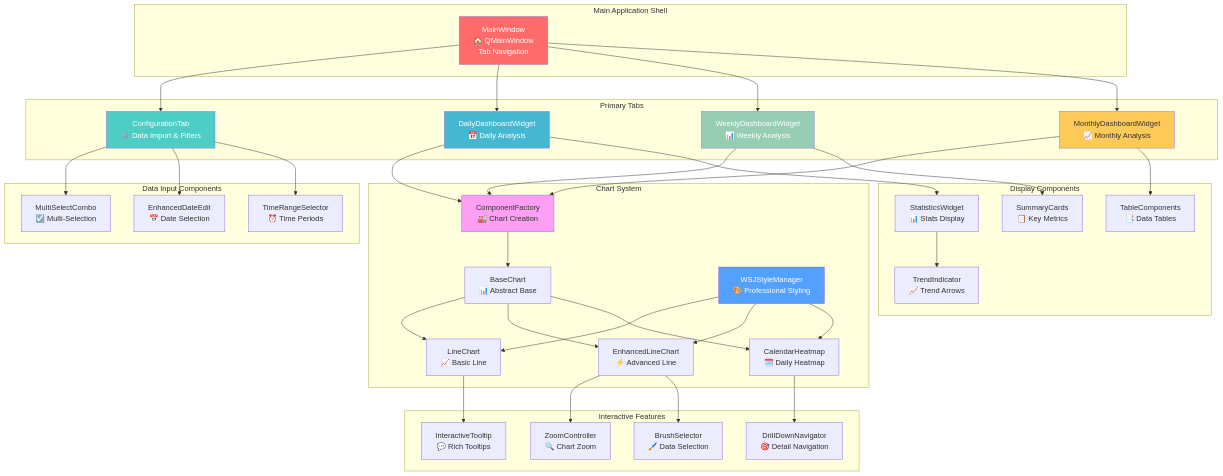
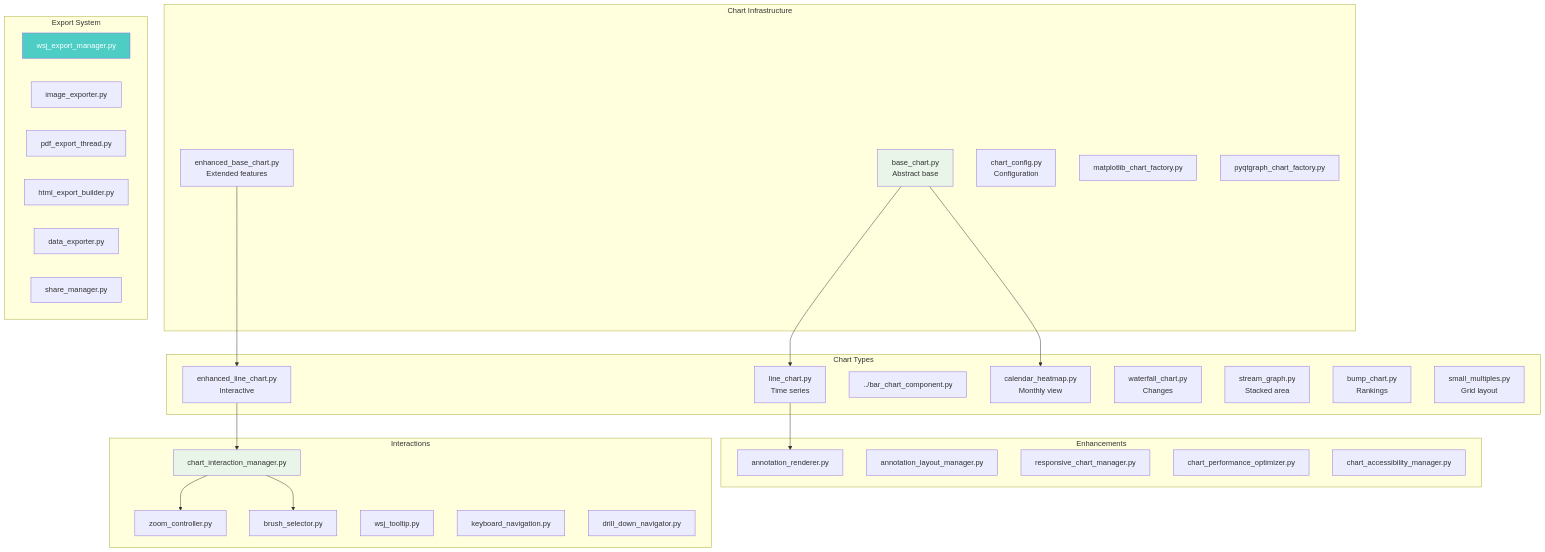
Before and after one commit to AlexFiliakov/iQuest: the fifth of 5 diagrams in docs/architecture/module_overview.md, drawn with Mermaid. The commit also changed other lines of this file and 7 other files, not shown here.

First line of the commit message:
docs: add comprehensive mermaid architecture diagrams

````diff
--- a/docs/architecture/module_overview.md
+++ b/docs/architecture/module_overview.md
@@ -249,88 +289,60 @@
 ```mermaid
-flowchart TD
-    subgraph "Main Application Shell"
-        MW[MainWindow<br/>🏠 QMainWindow<br/>Tab Navigation]
+flowchart TB
+    subgraph "Chart Infrastructure"
+        BASE[base_chart.py<br/>Abstract base]
+        ENH_BASE[enhanced_base_chart.py<br/>Extended features]
+        CONFIG[chart_config.py<br/>Configuration]
+        FACTORY_MPL[matplotlib_chart_factory.py]
+        FACTORY_PQG[pyqtgraph_chart_factory.py]
     end
     
-    subgraph "Primary Tabs"
-        CONFIG_TAB[ConfigurationTab<br/>⚙️ Data Import & Filters]
-        DAILY_TAB[DailyDashboardWidget<br/>📅 Daily Analysis]
-        WEEKLY_TAB[WeeklyDashboardWidget<br/>📊 Weekly Analysis] 
-        MONTHLY_TAB[MonthlyDashboardWidget<br/>📈 Monthly Analysis]
+    subgraph "Chart Types"
+        LINE[line_chart.py<br/>Time series]
+        ENH_LINE[enhanced_line_chart.py<br/>Interactive]
+        BAR[../bar_chart_component.py]
+        HEATMAP[calendar_heatmap.py<br/>Monthly view]
+        WATERFALL[waterfall_chart.py<br/>Changes]
+        STREAM[stream_graph.py<br/>Stacked area]
+        BUMP[bump_chart.py<br/>Rankings]
+        SMALL_MULT[small_multiples.py<br/>Grid layout]
     end
     
-    subgraph "Chart System"
-        CHART_FACTORY[ComponentFactory<br/>🏭 Chart Creation]
-        BASE_CHART[BaseChart<br/>📊 Abstract Base]
-        LINE_CHART[LineChart<br/>📈 Basic Line]
-        ENHANCED_LINE[EnhancedLineChart<br/>⚡ Advanced Line]
-        CAL_HEATMAP[CalendarHeatmap<br/>🗓️ Daily Heatmap]
-        WSJ_STYLE[WSJStyleManager<br/>🎨 Professional Styling]
+    subgraph "Enhancements"
+        ANNOTATE[annotation_renderer.py]
+        LAYOUT[annotation_layout_manager.py]
+        RESPONSIVE[responsive_chart_manager.py]
+        OPTIMIZE[chart_performance_optimizer.py]
+        ACCESS[chart_accessibility_manager.py]
     end
     
-    subgraph "Data Input Components"
-        MULTI_SELECT[MultiSelectCombo<br/>☑️ Multi-Selection]
-        DATE_EDIT[EnhancedDateEdit<br/>📅 Date Selection]
-        TIME_RANGE[TimeRangeSelector<br/>⏰ Time Periods]
+    subgraph "Export System"
+        EXPORT_MGR[wsj_export_manager.py]
+        IMG_EXPORT[image_exporter.py]
+        PDF_EXPORT[pdf_export_thread.py]
+        HTML_BUILD[html_export_builder.py]
+        DATA_EXPORT[data_exporter.py]
+        SHARE[share_manager.py]
     end
     
-    subgraph "Display Components"
-        STATS_WIDGET[StatisticsWidget<br/>📊 Stats Display]
-        SUMMARY_CARDS[SummaryCards<br/>📋 Key Metrics]
-        TABLE_COMP[TableComponents<br/>📑 Data Tables]
-        TREND_INDICATOR[TrendIndicator<br/>📈 Trend Arrows]
+    subgraph "Interactions"
+        INTERACT[chart_interaction_manager.py]
+        ZOOM[zoom_controller.py]
+        BRUSH[brush_selector.py]
+        TOOLTIP[wsj_tooltip.py]
+        KEYBOARD[keyboard_navigation.py]
+        DRILL[drill_down_navigator.py]
     end
     
-    subgraph "Interactive Features"
-        TOOLTIP[InteractiveTooltip<br/>💬 Rich Tooltips]
-        ZOOM[ZoomController<br/>🔍 Chart Zoom]
-        BRUSH[BrushSelector<br/>🖌️ Data Selection]
-        DRILL_DOWN[DrillDownNavigator<br/>🎯 Detail Navigation]
-    end
+    BASE --> LINE
+    BASE --> HEATMAP
+    ENH_BASE --> ENH_LINE
     
-    %% Main window relationships
-    MW --> CONFIG_TAB
-    MW --> DAILY_TAB
-    MW --> WEEKLY_TAB
-    MW --> MONTHLY_TAB
+    LINE --> ANNOTATE
+    ENH_LINE --> INTERACT
+    INTERACT --> ZOOM
+    INTERACT --> BRUSH
     
-    %% Tab content
-    CONFIG_TAB --> MULTI_SELECT
-    CONFIG_TAB --> DATE_EDIT
-    CONFIG_TAB --> TIME_RANGE
-    
-    DAILY_TAB --> CHART_FACTORY
-    WEEKLY_TAB --> CHART_FACTORY
-    MONTHLY_TAB --> CHART_FACTORY
-    
-    DAILY_TAB --> STATS_WIDGET
-    WEEKLY_TAB --> SUMMARY_CARDS
-    MONTHLY_TAB --> TABLE_COMP
-    
-    %% Chart system
-    CHART_FACTORY --> BASE_CHART
-    BASE_CHART --> LINE_CHART
-    BASE_CHART --> ENHANCED_LINE
-    BASE_CHART --> CAL_HEATMAP
-    
-    WSJ_STYLE --> LINE_CHART
-    WSJ_STYLE --> ENHANCED_LINE
-    WSJ_STYLE --> CAL_HEATMAP
-    
-    %% Interactive features
-    LINE_CHART --> TOOLTIP
-    ENHANCED_LINE --> ZOOM
-    ENHANCED_LINE --> BRUSH
-    CAL_HEATMAP --> DRILL_DOWN
-    
-    STATS_WIDGET --> TREND_INDICATOR
-    
-    %% Styling
-    style MW fill:#ff6b6b,color:#fff
-    style CONFIG_TAB fill:#4ecdc4,color:#fff
-    style DAILY_TAB fill:#45b7d1,color:#fff
-    style WEEKLY_TAB fill:#96ceb4,color:#fff
-    style MONTHLY_TAB fill:#feca57,color:#333
-    style CHART_FACTORY fill:#ff9ff3,color:#333
-    style WSJ_STYLE fill:#54a0ff,color:#fff
+    style BASE fill:#e8f5e8
+    style EXPORT_MGR fill:#4ecdc4,color:#fff
+    style INTERACT fill:#e8f5e8
 ```
````
